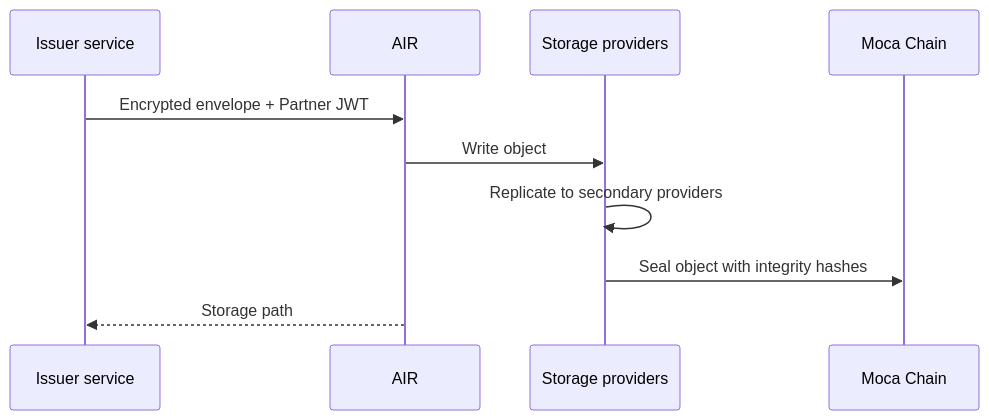
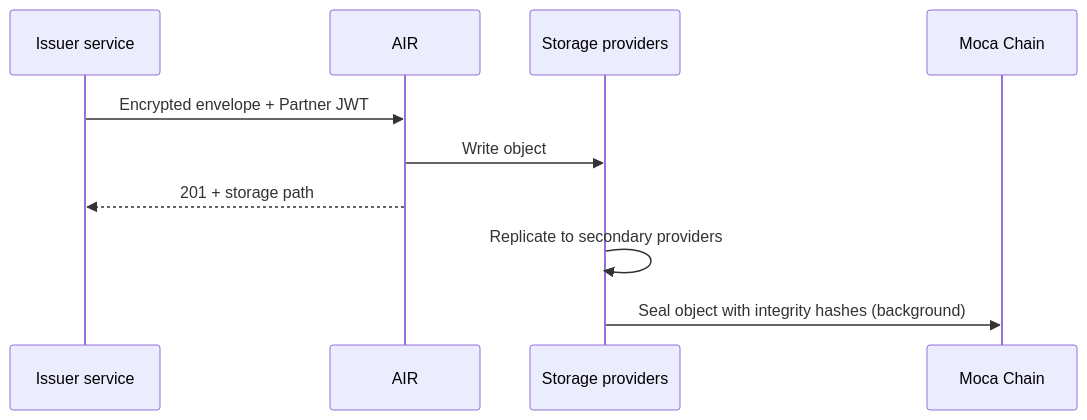
One commit to MocaNetwork/docs changed the first of 2 diagrams in technicals/architecture/how-credential-issuance-works/storage.mdx. Above: the diagram before and after it, drawn with Mermaid. The commit also changed other lines of this file and 7 other files, not shown here.

Commit message:
Minor clarification on error messages, how to put SD-JWT host on the platform and how storage sequence look like

````diff
--- a/technicals/architecture/how-credential-issuance-works/storage.mdx
+++ b/technicals/architecture/how-credential-issuance-works/storage.mdx
@@ -42,13 +42,13 @@
 ```mermaid
 sequenceDiagram
     participant Issuer as Issuer service
     participant AIR
     participant SP as Storage providers
     participant Chain as Moca Chain
 
     Issuer->>AIR: Encrypted envelope + Partner JWT
     AIR->>SP: Write object
+    AIR-->>Issuer: 201 + storage path
     SP->>SP: Replicate to secondary providers
-    SP->>Chain: Seal object with integrity hashes
-    AIR-->>Issuer: Storage path
+    SP->>Chain: Seal object with integrity hashes (background)
 ```
````
